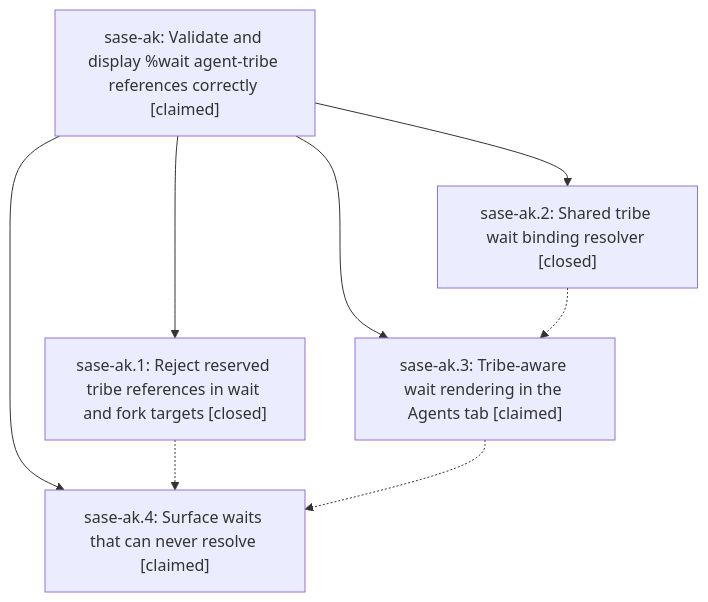
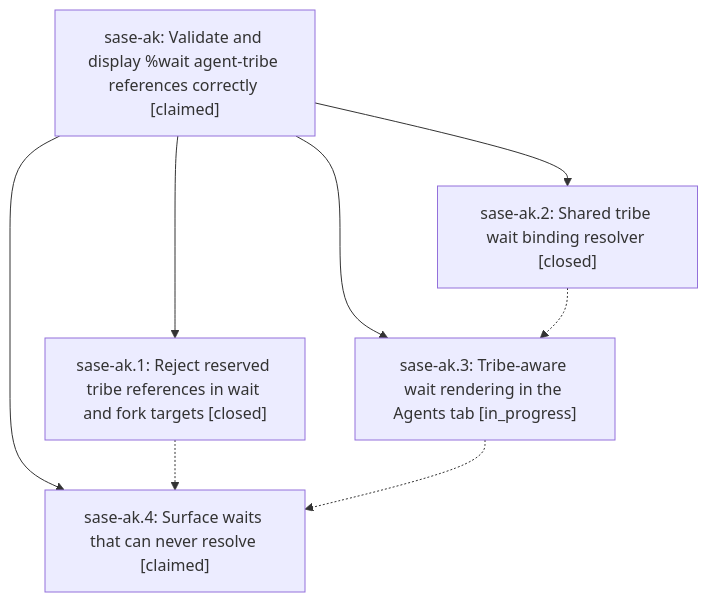
One commit to sase-org/sase--beads changed the diagram in pages/sase-ak/README.md. Above: the diagram before and after it, drawn with Mermaid. The commit also changed other lines of this file and 2232 other files, not shown here.

````diff
--- a/pages/sase-ak/README.md
+++ b/pages/sase-ak/README.md
@@ -25,15 +25,15 @@
 ```mermaid
 flowchart TD
     n0["sase-ak: Validate and display %wait agent-tribe references correctly [claimed]"]
     n1["sase-ak.1: Reject reserved tribe references in wait and fork targets [closed]"]
     n2["sase-ak.2: Shared tribe wait binding resolver [closed]"]
-    n3["sase-ak.3: Tribe-aware wait rendering in the Agents tab [claimed]"]
+    n3["sase-ak.3: Tribe-aware wait rendering in the Agents tab [in_progress]"]
     n4["sase-ak.4: Surface waits that can never resolve [claimed]"]
     n0 --> n1
     n0 --> n2
     n0 --> n3
     n0 --> n4
     n1 -.-> n4
     n2 -.-> n3
     n3 -.-> n4
 ```
````
